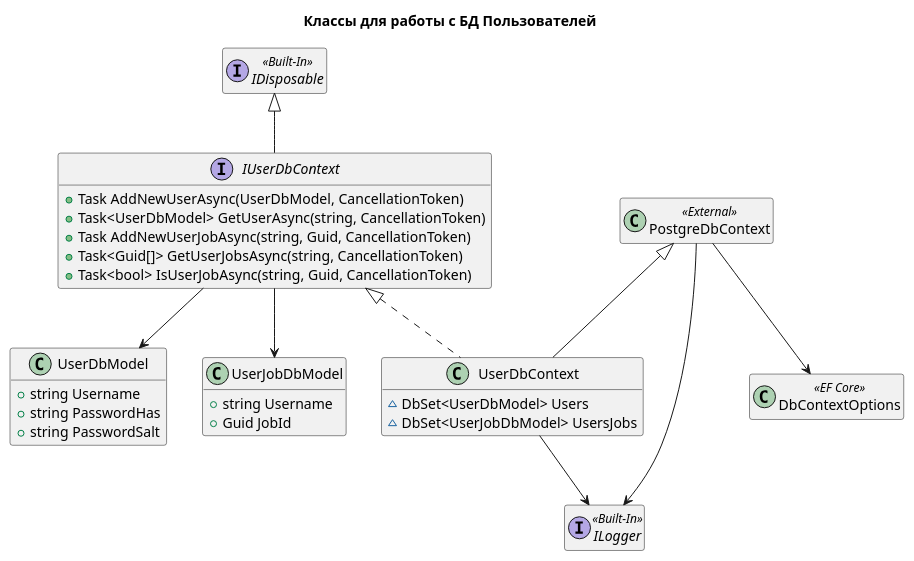
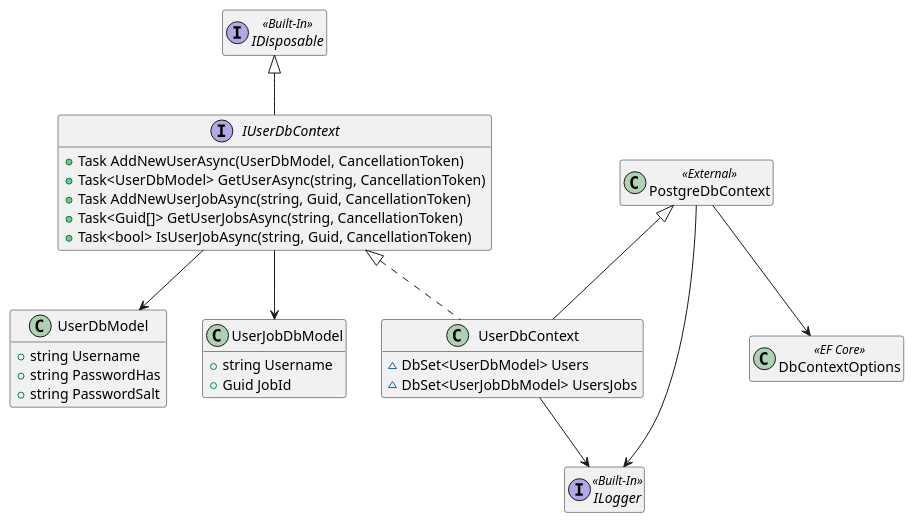
One commit to mrypdm/JobSystem changed the diagram in docs/diagrams/classes/User.Database.puml. Above: the diagram before and after it, drawn with PlantUML. The commit also changed 19 other files, not shown here.

```diff
--- a/docs/diagrams/classes/User.Database.puml
+++ b/docs/diagrams/classes/User.Database.puml
@@ -1,48 +1,46 @@
 @startuml User.Database classes
 hide empty members
-
-title Классы для работы с БД Пользователей
 
 interface IDisposable << Built-In >>
 interface ILogger << Built-In >>
 
 class DbContextOptions << EF Core >>
 class PostgreDbContext << External >>
 PostgreDbContext --> DbContextOptions
 PostgreDbContext --> ILogger
 
 class UserDbModel
 {
     +string Username
     +string PasswordHas
     +string PasswordSalt
 }
 
 class UserJobDbModel
 {
     +string Username
     +Guid JobId
 }
 
 interface IUserDbContext
 {
     +Task AddNewUserAsync(UserDbModel, CancellationToken)
     +Task<UserDbModel> GetUserAsync(string, CancellationToken)
     +Task AddNewUserJobAsync(string, Guid, CancellationToken)
     +Task<Guid[]> GetUserJobsAsync(string, CancellationToken)
     +Task<bool> IsUserJobAsync(string, Guid, CancellationToken)
 }
 IDisposable <|-- IUserDbContext
 IUserDbContext --> UserDbModel
 IUserDbContext --> UserJobDbModel
 
 class UserDbContext
 {
     ~DbSet<UserDbModel> Users
     ~DbSet<UserJobDbModel> UsersJobs
 }
 IUserDbContext <|.. UserDbContext
 PostgreDbContext <|-- UserDbContext
 UserDbContext --> ILogger
 
 @enduml
```
